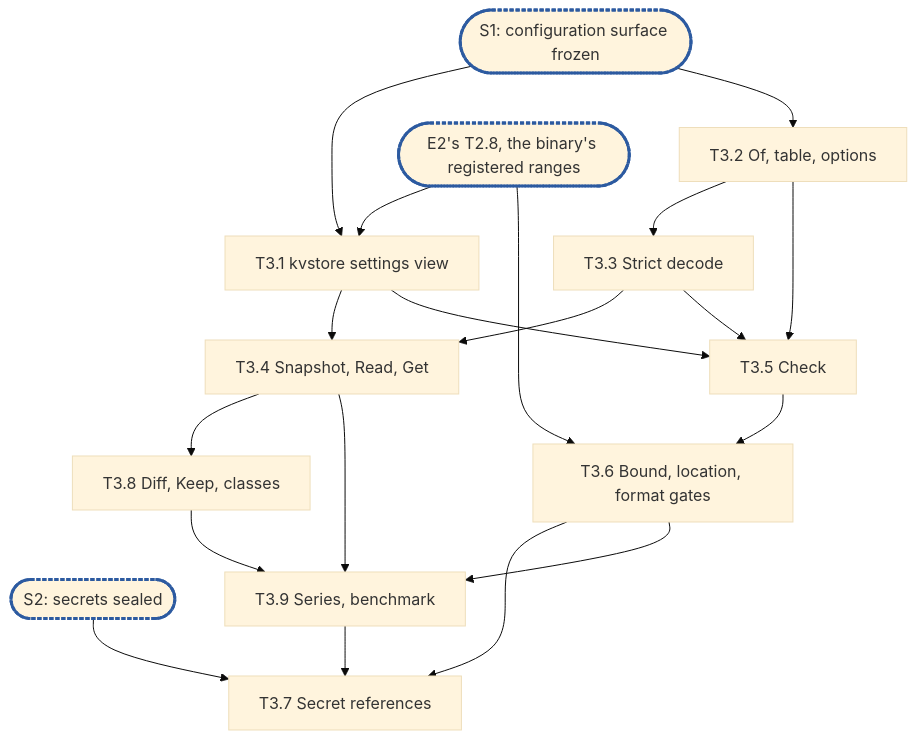
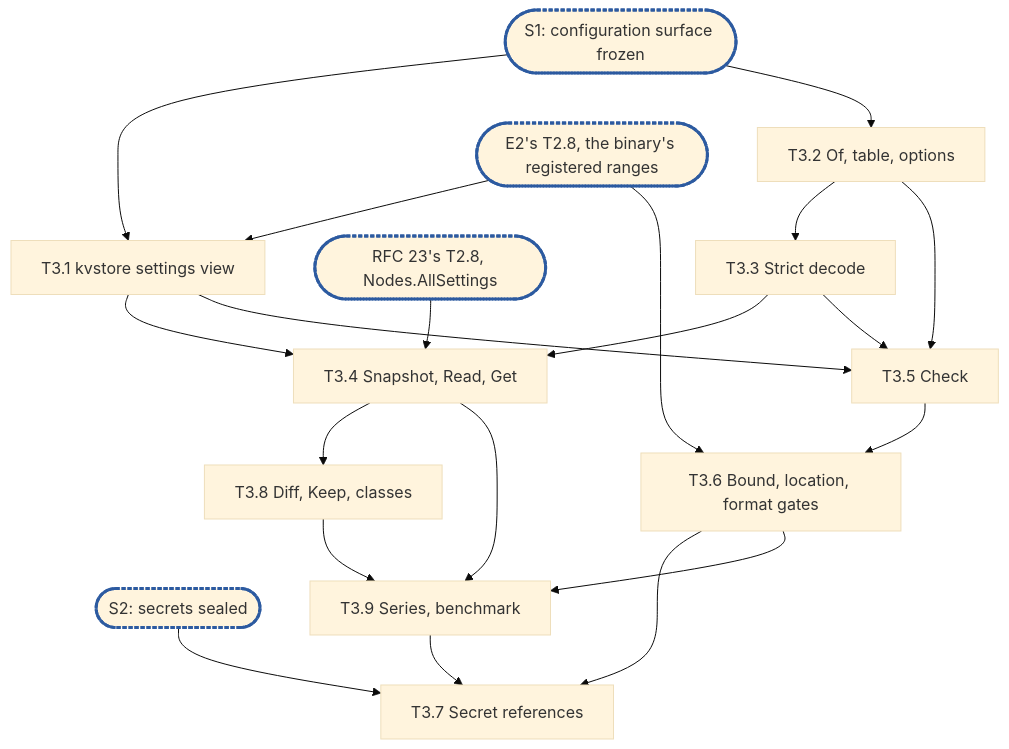
One commit to cubbit/dittofs changed the diagram in .planning/rfc-13-config-epic3.md. Above: the diagram before and after it, drawn with Mermaid (base theme). The commit also changed other lines of this file and 1 other file, not shown here.

First line of the commit message:
docs(planning): fix rfc 13 epic 3 points left after its merge

````diff
--- a/.planning/rfc-13-config-epic3.md
+++ b/.planning/rfc-13-config-epic3.md
@@ -703,17 +711,18 @@
 ```mermaid
 flowchart TD
   S1(["S1: configuration surface frozen"]):::sync --> T3_1["T3.1 kvstore settings view"]
   S1 --> T3_2["T3.2 Of, table, options"]
   T2_8(["E2's T2.8, the binary's registered ranges"]):::sync --> T3_1
   T2_8 --> T3_6
+  N2_8(["RFC 23's T2.8, Nodes.AllSettings"]):::sync --> T3_4
   T3_2 --> T3_3["T3.3 Strict decode"]
   T3_1 & T3_3 --> T3_4["T3.4 Snapshot, Read, Get"]
   T3_1 & T3_2 & T3_3 --> T3_5["T3.5 Check"]
   T3_5 --> T3_6["T3.6 Bound, location, format gates"]
   S2(["S2: secrets sealed"]):::sync --> T3_7["T3.7 Secret references"]
   T3_6 --> T3_7
   T3_9 --> T3_7
   T3_4 --> T3_8["T3.8 Diff, Keep, classes"]
   T3_4 & T3_6 & T3_8 --> T3_9["T3.9 Series, benchmark"]
   classDef sync stroke:#2c5aa0,stroke-width:3px,stroke-dasharray:4 2
 ```
````
